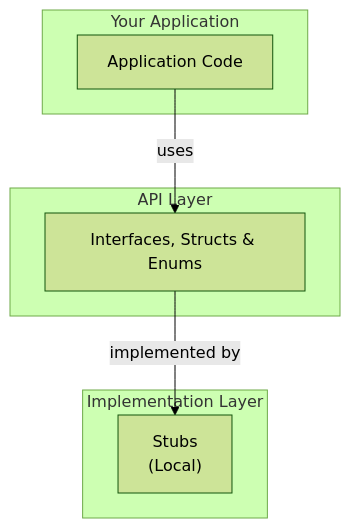
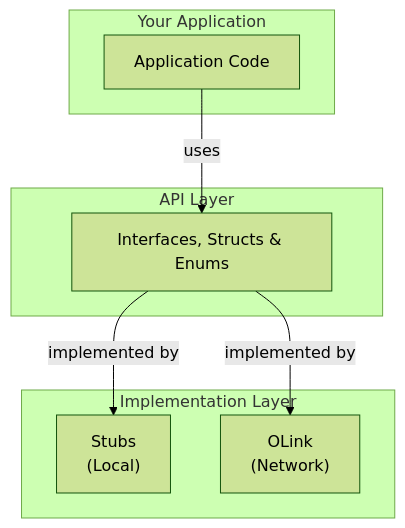
One commit to apigear-io/template-unreal changed the diagram in docs/docs/features/features.md. Above: the diagram before and after it, drawn with Mermaid (forest theme). The commit also changed other lines of this file and 3 other files, not shown here.

````diff
--- a/docs/docs/features/features.md
+++ b/docs/docs/features/features.md
@@ -55,17 +61,19 @@
 ```mermaid
 graph TD
     subgraph Application[" Your Application "]
         App[Application Code]
     end
 
     subgraph API[" API Layer "]
         Interface[Interfaces, Structs & Enums]
     end
 
     subgraph Implementations[" Implementation Layer "]
         Stubs["Stubs<br/>(Local)"]
+        OLink["OLink<br/>(Network)"]
     end
 
     App -->|uses| Interface
     Interface -->|implemented by| Stubs
+    Interface -->|implemented by| OLink
 ```
````
